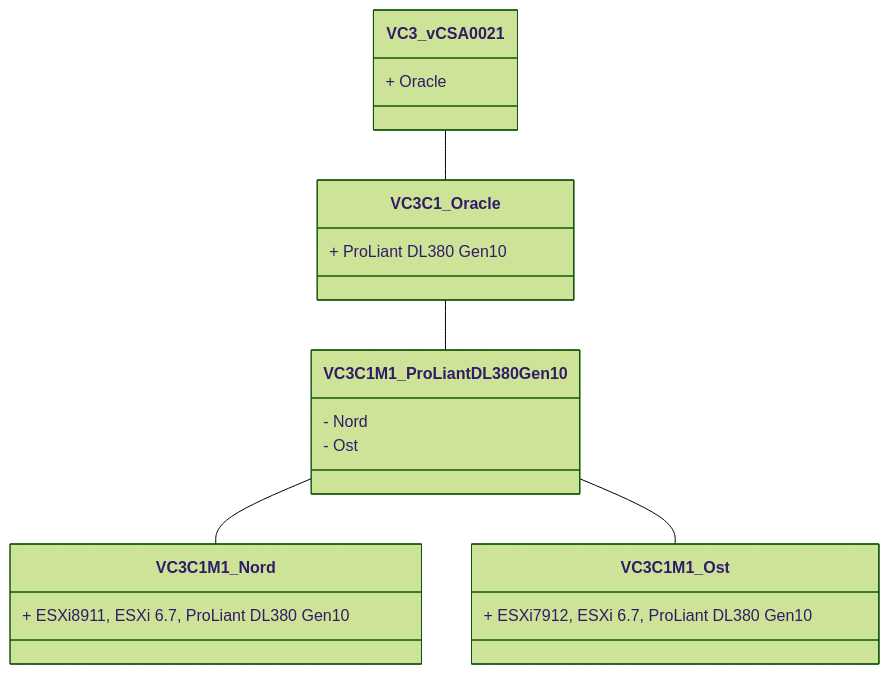
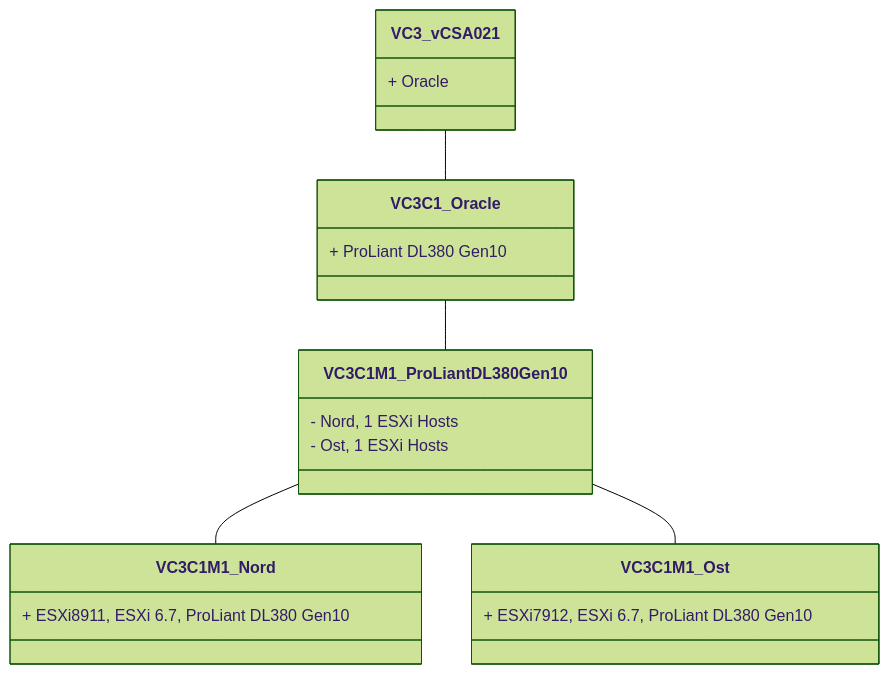
Before and after one commit to tinuwalther/PSXiDiag: the third of 4 diagrams in Simple ESXiHost Inventory.md, drawn with Mermaid (forest theme). The commit also changed other lines of this file and 5 other files, not shown here.

`````diff
--- a/Simple ESXiHost Inventory.md
+++ b/Simple ESXiHost Inventory.md
@@ -84,13 +90,13 @@
 ````mermaid
 classDiagram
-VC3_vCSA0021 -- VC3C1_Oracle
-VC3_vCSA0021 : + Oracle
+VC3_vCSA021 -- VC3C1_Oracle
+VC3_vCSA021 : + Oracle
 VC3C1_Oracle : + ProLiant DL380 Gen10
 VC3C1_Oracle -- VC3C1M1_ProLiant DL380 Gen10
-VC3C1M1_ProLiant DL380 Gen10 : - Nord
+VC3C1M1_ProLiant DL380 Gen10 : - Nord, 1 ESXi Hosts
 VC3C1M1_ProLiant DL380 Gen10 -- VC3C1M1_Nord
 VC3C1M1_Nord : + ESXi8911, ESXi 6.7, ProLiant DL380 Gen10
-VC3C1M1_ProLiant DL380 Gen10 : - Ost
+VC3C1M1_ProLiant DL380 Gen10 : - Ost, 1 ESXi Hosts
 VC3C1M1_ProLiant DL380 Gen10 -- VC3C1M1_Ost
 VC3C1M1_Ost : + ESXi7912, ESXi 6.7, ProLiant DL380 Gen10
 ````
`````
